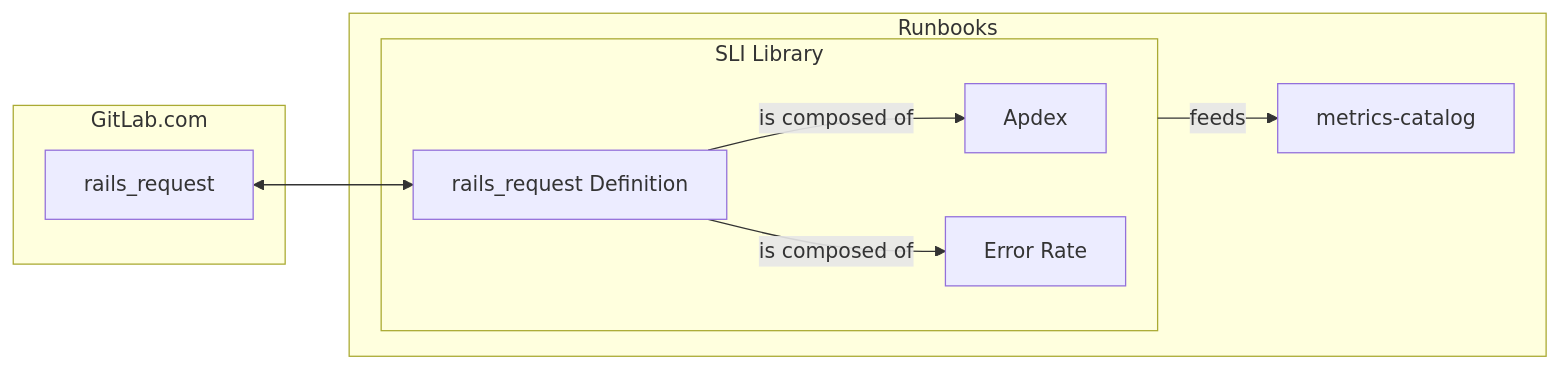
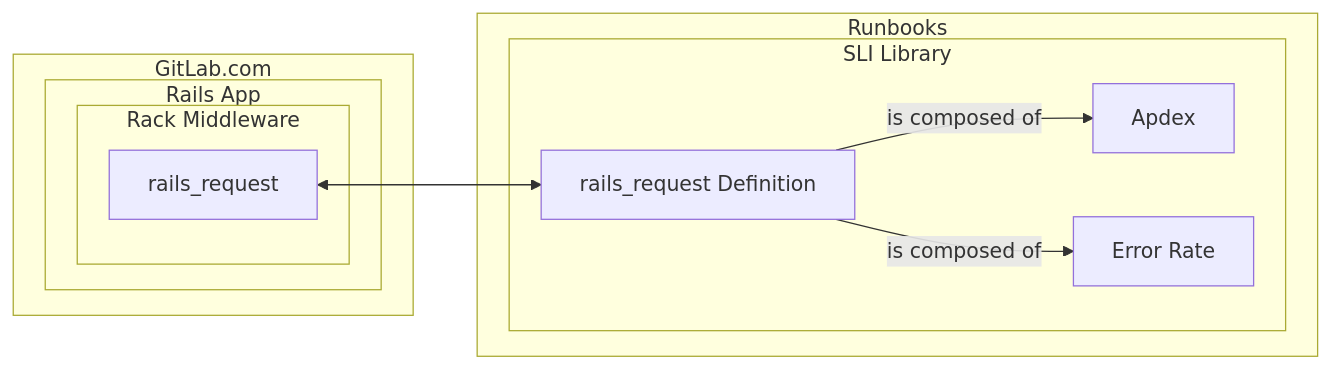
Before and after one commit to mattrussi/gitlab-com-runbooks: the third of 3 diagrams in metrics-catalog/gitlab-slis/README.md, drawn with Mermaid. The commit also changed other lines of this file, not shown here.

````diff
--- a/metrics-catalog/gitlab-slis/README.md
+++ b/metrics-catalog/gitlab-slis/README.md
@@ -109,27 +108,27 @@
 ```mermaid
 ---
 rails_request SLI
 ---
 flowchart LR
     subgraph GitLab.com
-        sliImpl[rails_request]
+        subgraph app[Rails App]
+            subgraph middleware[Rack Middleware]
+                sliImpl[rails_request]
+            end
+        end
     end
 
     subgraph Runbooks
         subgraph sliLib[SLI Library]
             apdex[Apdex]
             errorRate[Error Rate]
 
             sliDef[rails_request Definition]
 
             sliDef --is composed of --> apdex
             sliDef --is composed of --> errorRate
         end
-
-        metrics-catalog
-
-        sliLib --feeds--> metrics-catalog
     end
 
     sliImpl <--> sliDef
 ```
````
